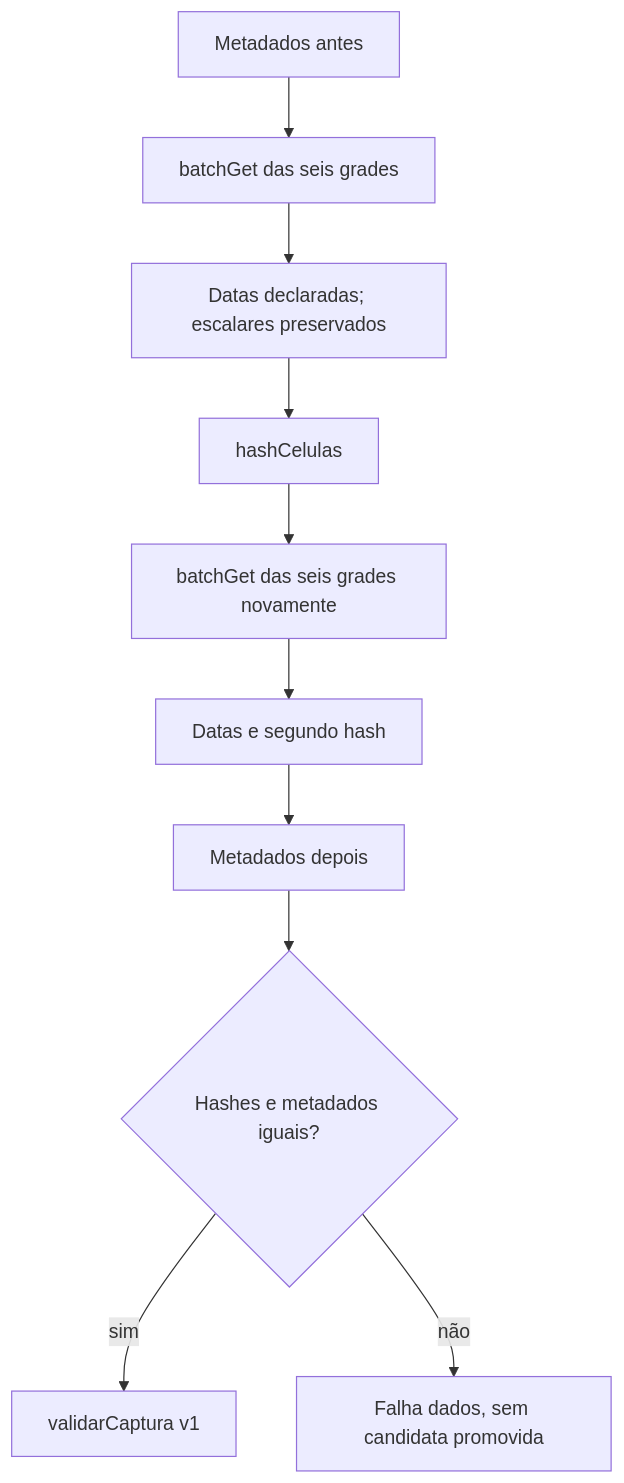
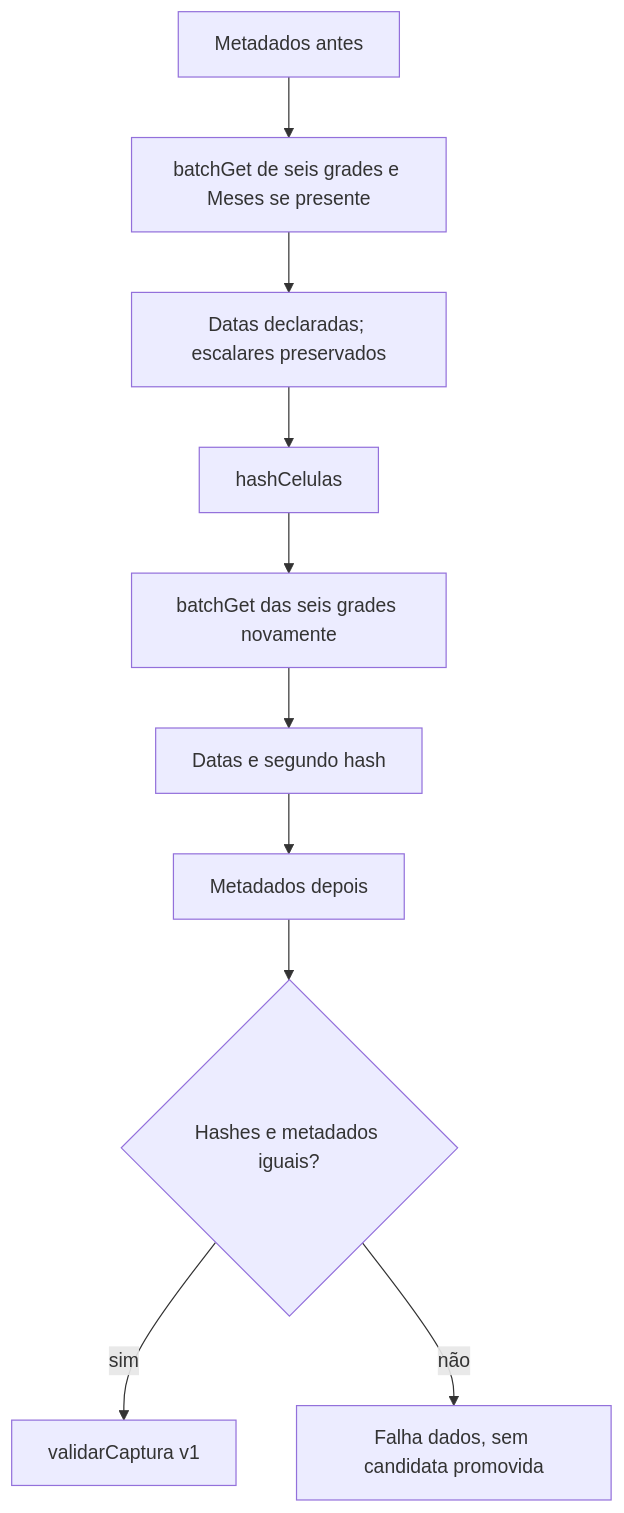
Before and after one commit to Browsher/crm-social: the diagram in docs/modules/coleta.md, drawn with Mermaid. The commit also changed other lines of this file and 29 other files, not shown here.

````diff
--- a/docs/modules/coleta.md
+++ b/docs/modules/coleta.md
@@ -7,12 +7,12 @@
 ```mermaid
 flowchart TD
-  Antes[Metadados antes] --> Primeira[batchGet das seis grades]
+  Antes[Metadados antes] --> Primeira[batchGet de seis grades e Meses se presente]
   Primeira --> Tipos[Datas declaradas; escalares preservados]
   Tipos --> Hash1[hashCelulas]
   Hash1 --> Segunda[batchGet das seis grades novamente]
   Segunda --> Hash2[Datas e segundo hash]
   Hash2 --> Depois[Metadados depois]
   Depois --> Iguais{Hashes e metadados iguais?}
   Iguais -->|sim| Validador[validarCaptura v1]
   Iguais -->|não| Recusar[Falha dados, sem candidata promovida]
 ```
````
